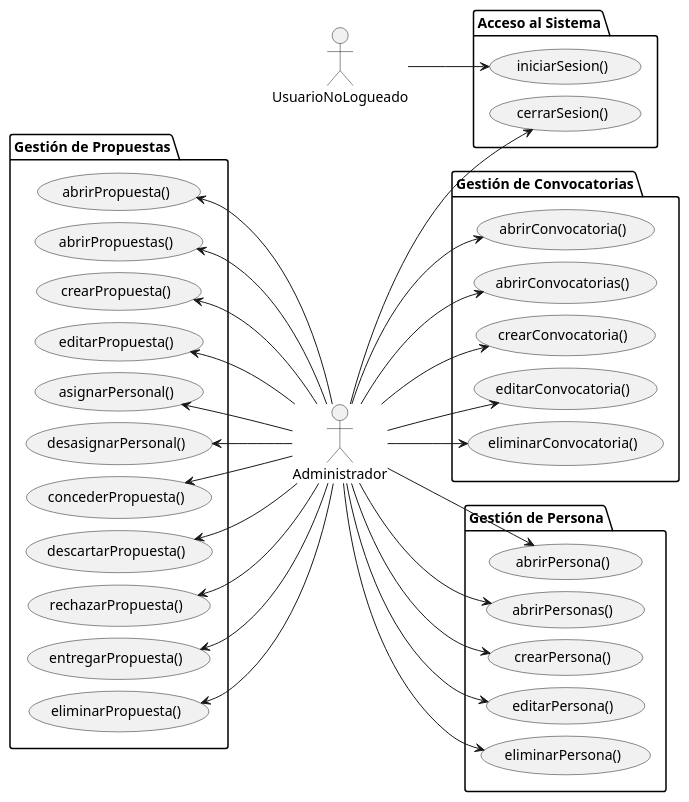
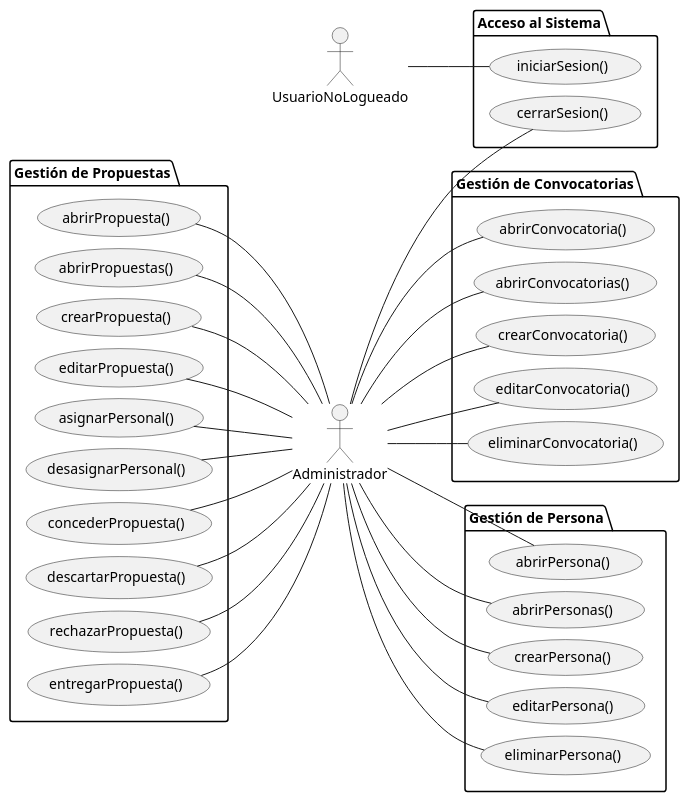
One commit to Angelo2272/26-27-IdSw1-SDR changed the diagram in modelosUML/01-actores-casos-uso/dimension-propuesta/actores-casos-uso.puml. Above: the diagram before and after it, drawn with PlantUML. The commit also changed 6 other files, not shown here.

First line of the commit message:
Refactor UML diagrams and update use cases

```diff
--- a/modelosUML/01-actores-casos-uso/dimension-propuesta/actores-casos-uso.puml
+++ b/modelosUML/01-actores-casos-uso/dimension-propuesta/actores-casos-uso.puml
@@ -1,71 +1,69 @@
 @startuml
 left to right direction
 skinparam ranksep 60
 skinparam nodesep 12
 
 actor UsuarioNoLogueado
 actor Administrador
 
 package "Gestión de Propuestas" {
   usecase "abrirPropuesta()" as UC_AbrirProp
   usecase "abrirPropuestas()" as UC_AbrirProps
   usecase "crearPropuesta()" as UC_CrearProp
   usecase "editarPropuesta()" as UC_EditarProp
   usecase "asignarPersonal()" as UC_Asignar
   usecase "desasignarPersonal()" as UC_Desasignar
   usecase "concederPropuesta()" as UC_Conceder
   usecase "descartarPropuesta()" as UC_Descartar
   usecase "rechazarPropuesta()" as UC_Rechazar
   usecase "entregarPropuesta()" as UC_Entregar
-  usecase "eliminarPropuesta()" as UC_Eliminar
 }
 
 package "Acceso al Sistema" {
   usecase "iniciarSesion()" as UC_Iniciar
   usecase "cerrarSesion()" as UC_Cerrar
 }
 
 package "Gestión de Convocatorias" {
   usecase "abrirConvocatoria()" as UC_AbrirConv
   usecase "abrirConvocatorias()" as UC_AbrirConvs
   usecase "crearConvocatoria()" as UC_CrearConv
   usecase "editarConvocatoria()" as UC_EditarConv
   usecase "eliminarConvocatoria()" as UC_EliminarConv
 }
 
 package "Gestión de Persona" {
   usecase "abrirPersona()" as UC_AbrirPers
   usecase "abrirPersonas()" as UC_AbrirPerss
   usecase "crearPersona()" as UC_CrearPers
   usecase "editarPersona()" as UC_EditarPers
   usecase "eliminarPersona()" as UC_EliminarPers
 }
 
-UC_AbrirProp <-- Administrador
-UC_AbrirProps <-- Administrador
-UC_CrearProp <-- Administrador
-UC_EditarProp <-- Administrador
-UC_Asignar <-- Administrador
-UC_Desasignar <-- Administrador
-UC_Conceder <-- Administrador
-UC_Descartar <-- Administrador
-UC_Rechazar <-- Administrador
-UC_Entregar <-- Administrador
-UC_Eliminar <-- Administrador
+UC_AbrirProp -- Administrador
+UC_AbrirProps -- Administrador
+UC_CrearProp -- Administrador
+UC_EditarProp -- Administrador
+UC_Asignar -- Administrador
+UC_Desasignar -- Administrador
+UC_Conceder -- Administrador
+UC_Descartar -- Administrador
+UC_Rechazar -- Administrador
+UC_Entregar -- Administrador
 
-UsuarioNoLogueado --> UC_Iniciar
-Administrador --> UC_Cerrar
+UsuarioNoLogueado -- UC_Iniciar
+Administrador -- UC_Cerrar
 
-Administrador --> UC_AbrirConv
-Administrador --> UC_AbrirConvs
-Administrador --> UC_CrearConv
-Administrador --> UC_EditarConv
-Administrador --> UC_EliminarConv
+Administrador -- UC_AbrirConv
+Administrador -- UC_AbrirConvs
+Administrador -- UC_CrearConv
+Administrador -- UC_EditarConv
+Administrador -- UC_EliminarConv
 
-Administrador --> UC_AbrirPers
-Administrador --> UC_AbrirPerss
-Administrador --> UC_CrearPers
-Administrador --> UC_EditarPers
-Administrador --> UC_EliminarPers
+Administrador -- UC_AbrirPers
+Administrador -- UC_AbrirPerss
+Administrador -- UC_CrearPers
+Administrador -- UC_EditarPers
+Administrador -- UC_EliminarPers
 
 @enduml
```
